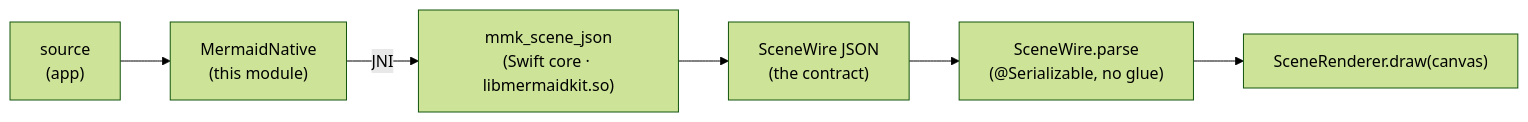
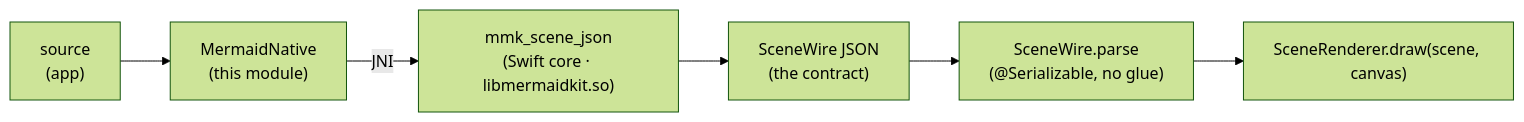
Before and after one commit to 2389-research/MermaidKit: the diagram in android/README.md, drawn with Mermaid (forest theme). The commit also changed 5 other files, not shown here.

First line of the commit message:
docs: tidy diagram labels, linter table, and remaining accuracy nits (Batch 5) (#61)

````diff
--- a/android/README.md
+++ b/android/README.md
@@ -9,8 +9,8 @@
 ```mermaid
 flowchart LR
     src["source<br/>(app)"] --> native["MermaidNative<br/>(this module)"]
     native -->|"JNI"| core["mmk_scene_json<br/>(Swift core · libmermaidkit.so)"]
     core --> wire["SceneWire JSON<br/>(the contract)"]
     wire --> parse["SceneWire.parse<br/>(@Serializable, no glue)"]
-    parse --> draw["SceneRenderer.draw(canvas)"]
+    parse --> draw["SceneRenderer.draw(scene, canvas)"]
 ```
````
